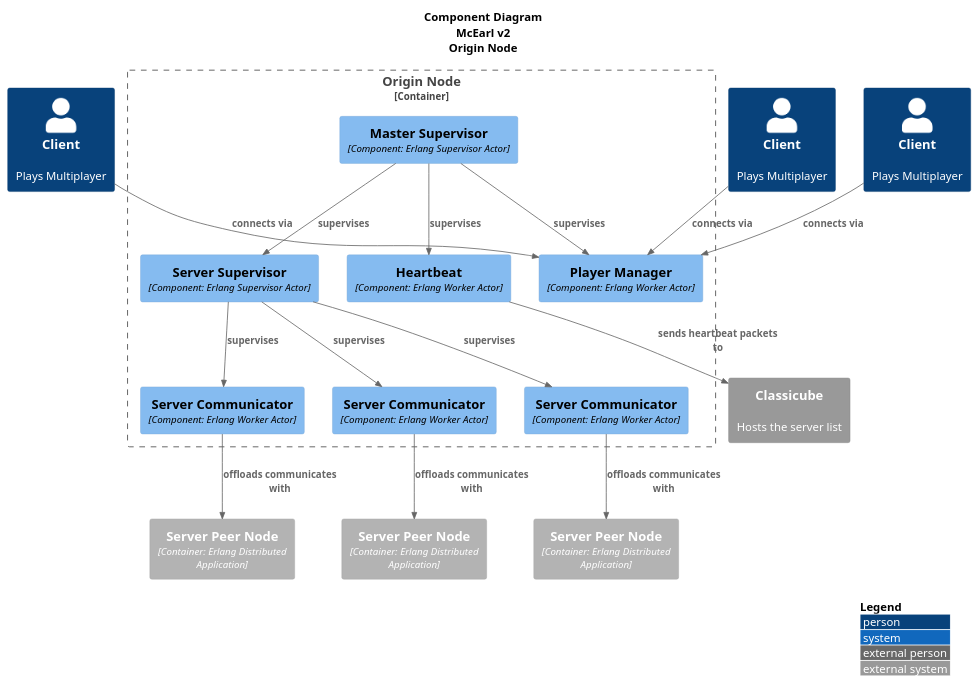
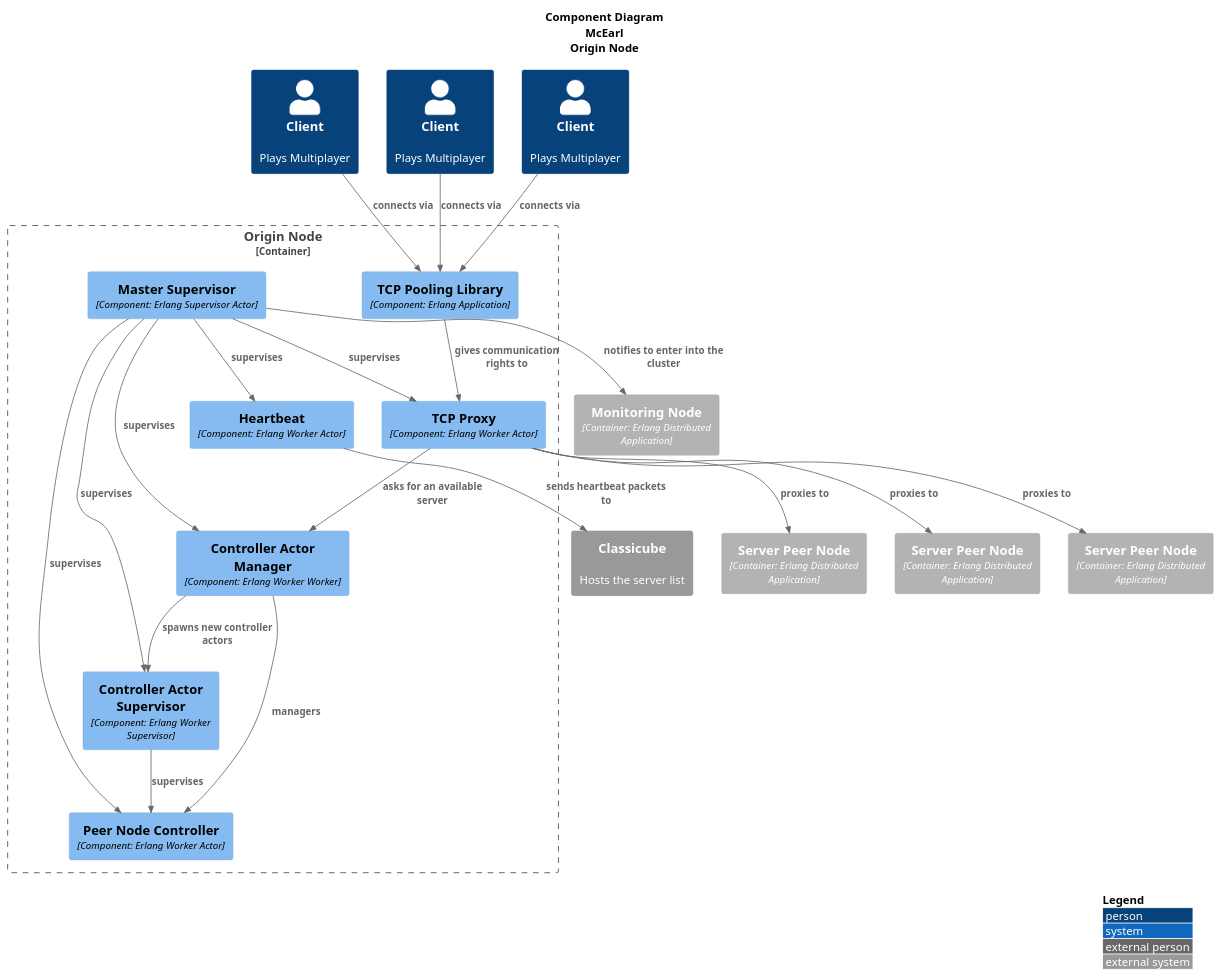
One commit to OT7EtoYoshimura/mcearl changed the diagram in doc/diagrams/c3-origin.puml. Above: the diagram before and after it, drawn with PlantUML. The commit also changed 9 other files, not shown here.

Commit message:
Update diagrams

```diff
--- a/doc/diagrams/c3-origin.puml
+++ b/doc/diagrams/c3-origin.puml
@@ -1,45 +1,51 @@
 @startuml c3-origin
 
 !include https://raw.githubusercontent.com/plantuml-stdlib/C4-PlantUML/master/C4_Container.puml
 !include https://raw.githubusercontent.com/plantuml-stdlib/C4-PlantUML/master/C4_Component.puml
 !include https://raw.githubusercontent.com/plantuml-stdlib/C4-PlantUML/master/C4_Context.puml
 
-title Component Diagram\nMcEarl v2\nOrigin Node
+title Component Diagram\nMcEarl\nOrigin Node
 AddRelTag("dashed", $lineStyle = DashedLine())
 
 Person(client1, "Client", "Plays Multiplayer")
 Person(client2, "Client", "Plays Multiplayer")
 Person(client3, "Client", "Plays Multiplayer")
 
 Container_Boundary(boundary, "Origin Node") {
-	Component(mcearl_sup, "Master Supervisor", "Component: Erlang Supervisor Actor")
+	Component(origin_sup, "Master Supervisor", "Component: Erlang Supervisor Actor")
 	Component(heartbeat, "Heartbeat", "Component: Erlang Worker Actor")
-	Component(player_man, "Player Manager", "Component: Erlang Worker Actor")
-	Component(serverSup, "Server Supervisor", "Component: Erlang Supervisor Actor")
-	Component(server1Comp, "Server Communicator", "Component: Erlang Worker Actor")
-	Component(server2Comp, "Server Communicator", "Component: Erlang Worker Actor")
-	Component(server3Comp, "Server Communicator", "Component: Erlang Worker Actor")
+	Component(controller_sup, "Controller Actor Supervisor", "Component: Erlang Worker Supervisor")
+	Component(controller_man, "Controller Actor Manager", "Component: Erlang Worker Worker")
+	Component(controller, "Peer Node Controller", "Component: Erlang Worker Actor")
+	Component(proxy, "TCP Proxy", "Component: Erlang Worker Actor")
+	Component(ranch, "TCP Pooling Library", "Component: Erlang Application")
 }
 
 Container_Ext(server1, "Server Peer Node", "Container: Erlang Distributed Application")
 Container_Ext(server2, "Server Peer Node", "Container: Erlang Distributed Application")
 Container_Ext(server3, "Server Peer Node", "Container: Erlang Distributed Application")
+Container_Ext(monitor, "Monitoring Node", "Container: Erlang Distributed Application")
 System_Ext(classicube, "Classicube", "Hosts the server list")
 
-Rel(client1, player_man, "connects via")
-Rel(client2, player_man, "connects via")
-Rel(client3, player_man, "connects via")
-Rel(mcearl_sup, serverSup, "supervises")
-Rel(mcearl_sup, player_man, "supervises")
-Rel(mcearl_sup, heartbeat, "supervises")
+Rel(origin_sup, heartbeat, "supervises")
+Rel(origin_sup, controller_sup, "supervises")
+Rel(origin_sup, controller_man, "supervises")
+Rel(origin_sup, controller, "supervises")
+Rel(origin_sup, proxy, "supervises")
+Rel(client1, ranch, "connects via")
+Rel(client2, ranch, "connects via")
+Rel(client3, ranch, "connects via")
+Rel(ranch, proxy, "gives communication rights to")
+Rel(proxy, controller_man, "asks for an available server")
+Rel(proxy, server1, "proxies to")
+Rel(proxy, server2, "proxies to")
+Rel(proxy, server3, "proxies to")
+Rel(controller_man, controller_sup, "spawns new controller actors")
+Rel(controller_man, controller, "managers")
+Rel(controller_sup, controller, "supervises")
 Rel(heartbeat, classicube, "sends heartbeat packets to")
-Rel(serverSup, server1Comp, "supervises")
-Rel(serverSup, server2Comp, "supervises")
-Rel(serverSup, server3Comp, "supervises")
-Rel(server1Comp, server1, "offloads communicates with")
-Rel(server2Comp, server2, "offloads communicates with")
-Rel(server3Comp, server3, "offloads communicates with")
+Rel(origin_sup, monitor, "notifies to enter into the cluster")
 
 
 LAYOUT_WITH_LEGEND()
 @enduml
```
